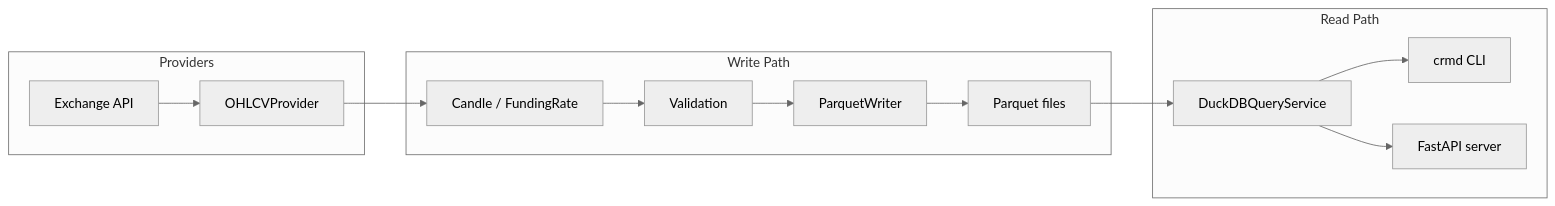
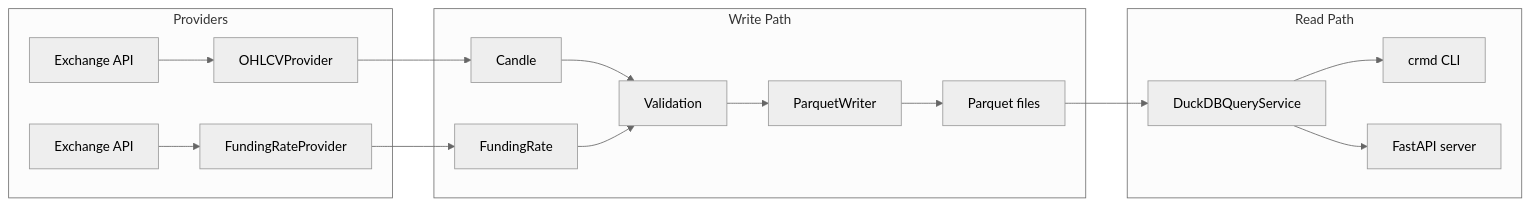
The diagram in README.md (bigmikecreates/crypto-market-data-platform), drawn with Mermaid (neutral theme) before and after one commit.

Commit message:
fix: update README mermaid diagram to show both OHLCVProvider and FundingRateProvider

````diff
--- a/README.md
+++ b/README.md
@@ -17,17 +17,19 @@
 ```mermaid
 graph LR
     subgraph Providers
-        A[Exchange API] --> B[OHLCVProvider]
+        A1[Exchange API] --> B1[OHLCVProvider]
+        A2[Exchange API] --> B2[FundingRateProvider]
     end
     subgraph Write Path
-        B --> C[Candle / FundingRate]
-        C --> D[Validation]
+        B1 --> C1[Candle]
+        B2 --> C2[FundingRate]
+        C1 & C2 --> D[Validation]
         D --> E[ParquetWriter]
         E --> F[Parquet files]
     end
     subgraph Read Path
         F --> G[DuckDBQueryService]
         G --> H[crmd CLI]
         G --> I[FastAPI server]
     end
 ```
````
